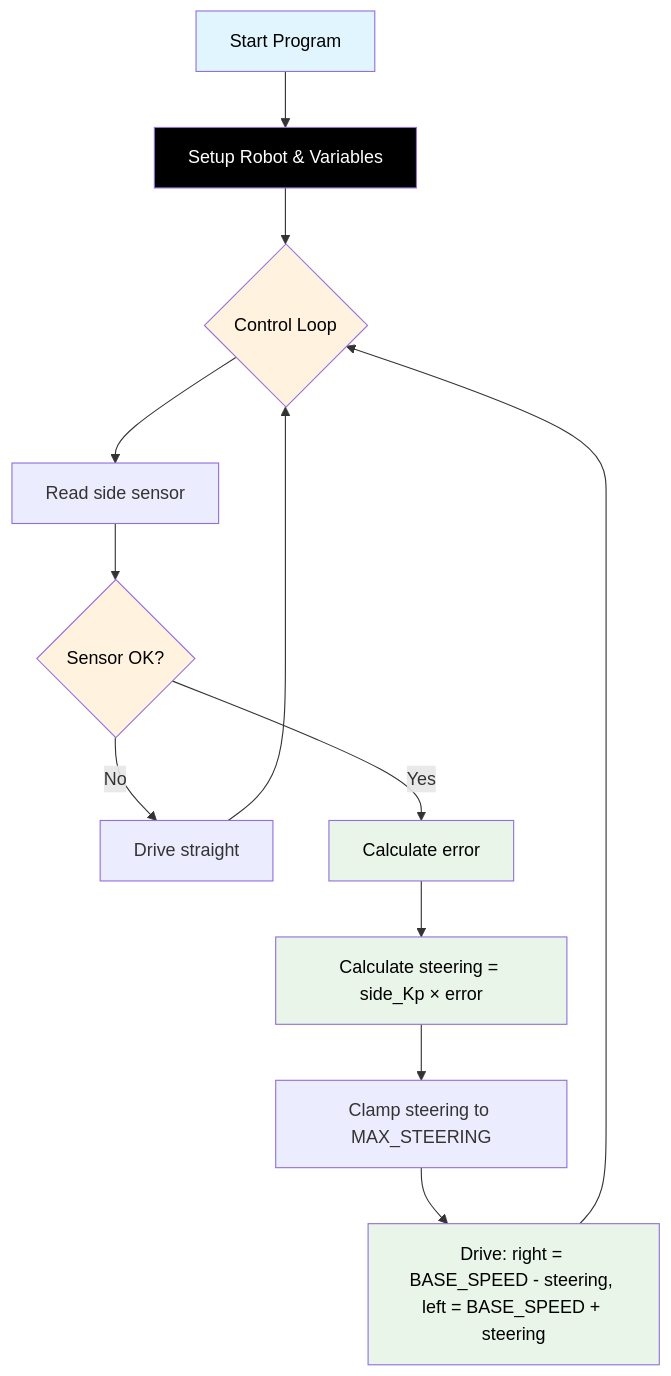
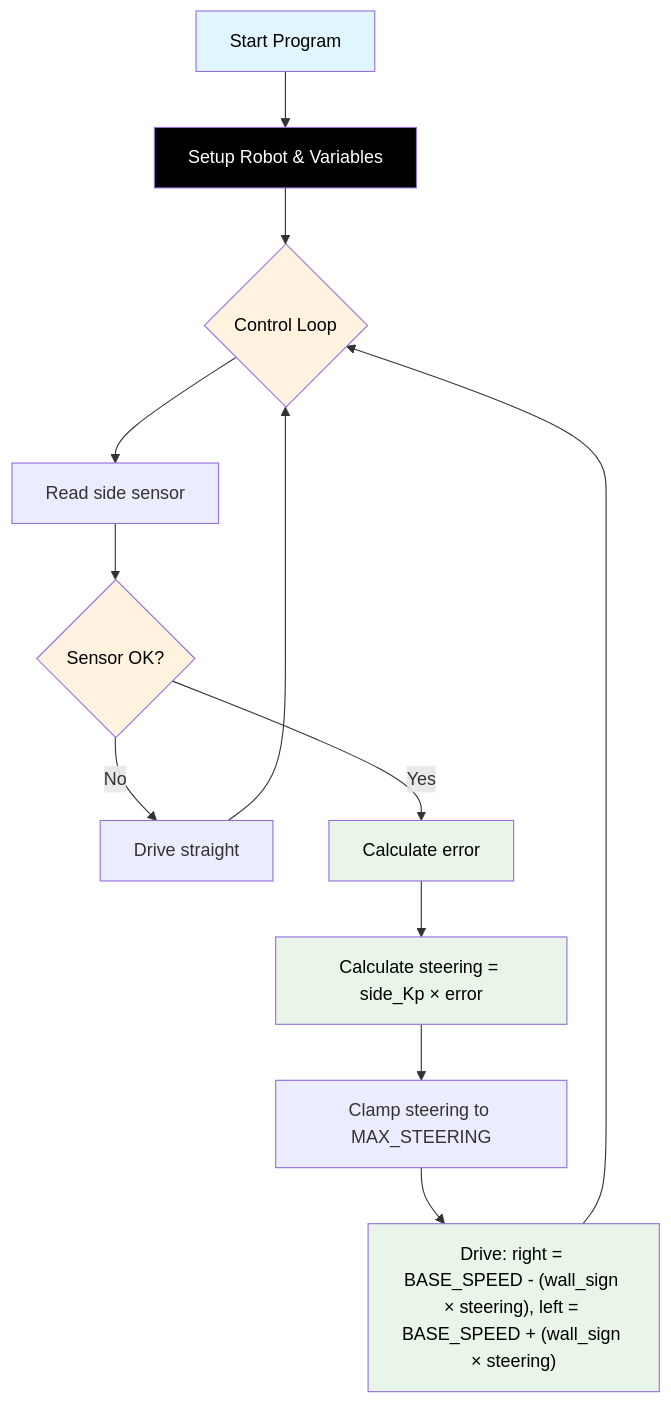
The diagram in docs/Challenge_1.md (TempeHS/RP2040_Competition_Robot), drawn with Mermaid before and after one commit. The commit also changed other lines of this file and 28 other files, not shown here.

````diff
--- a/docs/Challenge_1.md
+++ b/docs/Challenge_1.md
@@ -29,22 +29,22 @@
 ```mermaid
 flowchart TD
     A[Start Program] --> B[Setup Robot & Variables]
     B --> C{Control Loop}
     C --> D[Read side sensor]
     D --> E{Sensor OK?}
     E -- No --> F[Drive straight]
     F --> C
     E -- Yes --> G[Calculate error]
     G --> H[Calculate steering = side_Kp × error]
     H --> I[Clamp steering to MAX_STEERING]
-    I --> J["Drive: right = BASE_SPEED - steering, left = BASE_SPEED + steering"]
+    I --> J["Drive: right = BASE_SPEED - (wall_sign × steering), left = BASE_SPEED + (wall_sign × steering)"]
     J --> C
 
     style A fill:#e1f5fe,color:#000000
     style B fill:#000000,color:#ffffff
     style C fill:#fff3e0,color:#000000
     style E fill:#fff3e0,color:#000000
     style G fill:#e8f5e8,color:#000000
     style H fill:#e8f5e8,color:#000000
     style J fill:#e8f5e8,color:#000000
 ```
````
